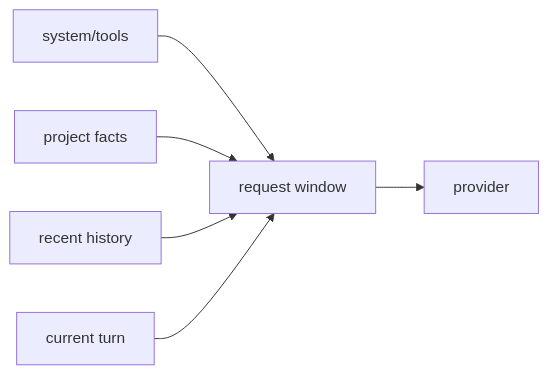
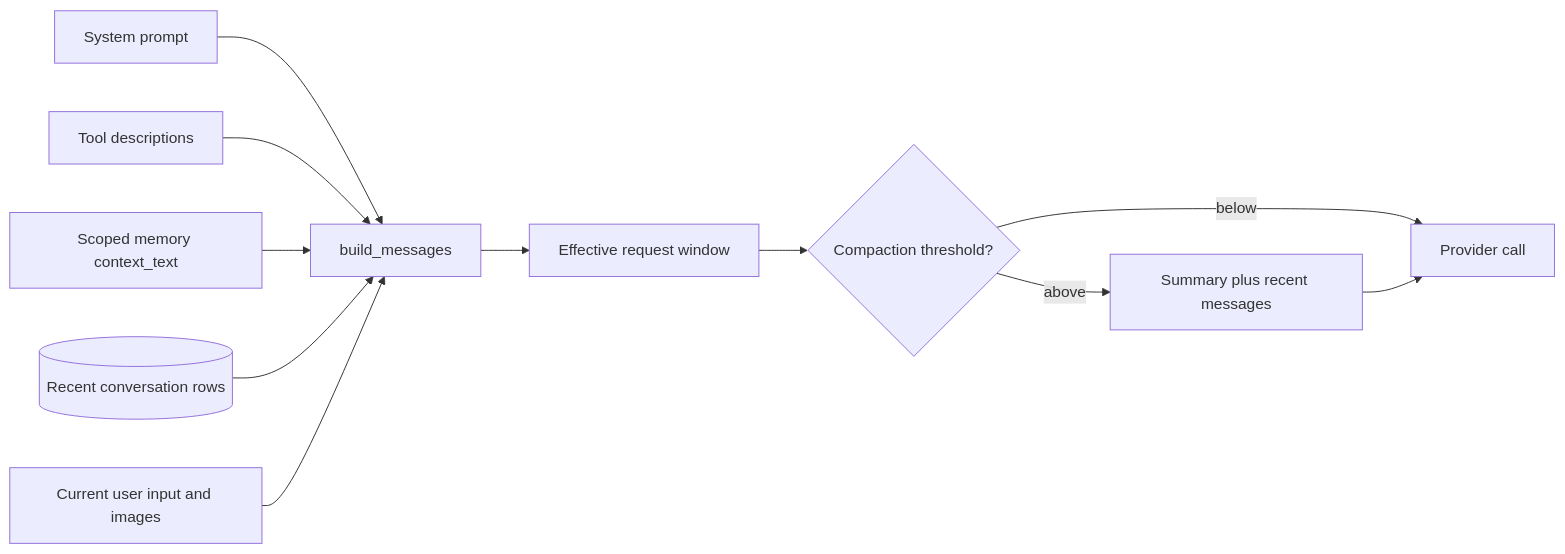
The first of 3 diagrams in docs/course/concepts/context-windows.md (levalencia/archon), drawn with Mermaid before and after one commit. The commit also changed other lines of this file and 5 other files, not shown here.

````diff
--- a/docs/course/concepts/context-windows.md
+++ b/docs/course/concepts/context-windows.md
@@ -11,8 +24,13 @@
 ```mermaid
 flowchart LR
-  S[system/tools] --> W[request window]
-  M[project facts] --> W
-  H[recent history] --> W
-  U[current turn] --> W
-  W --> P[provider]
+  SP[System prompt] --> B[build_messages]
+  TD[Tool descriptions] --> B
+  PM[Scoped memory context_text] --> B
+  CH[(Recent conversation rows)] --> B
+  UI[Current user input and images] --> B
+  B --> EW[Effective request window]
+  EW --> AC{Compaction threshold?}
+  AC -->|below| P[Provider call]
+  AC -->|above| S[Summary plus recent messages]
+  S --> P
 ```
````
